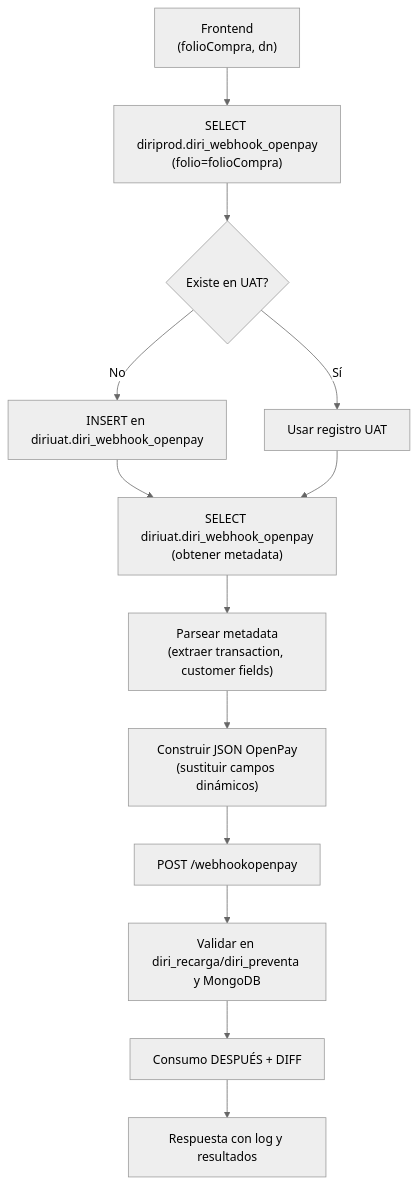
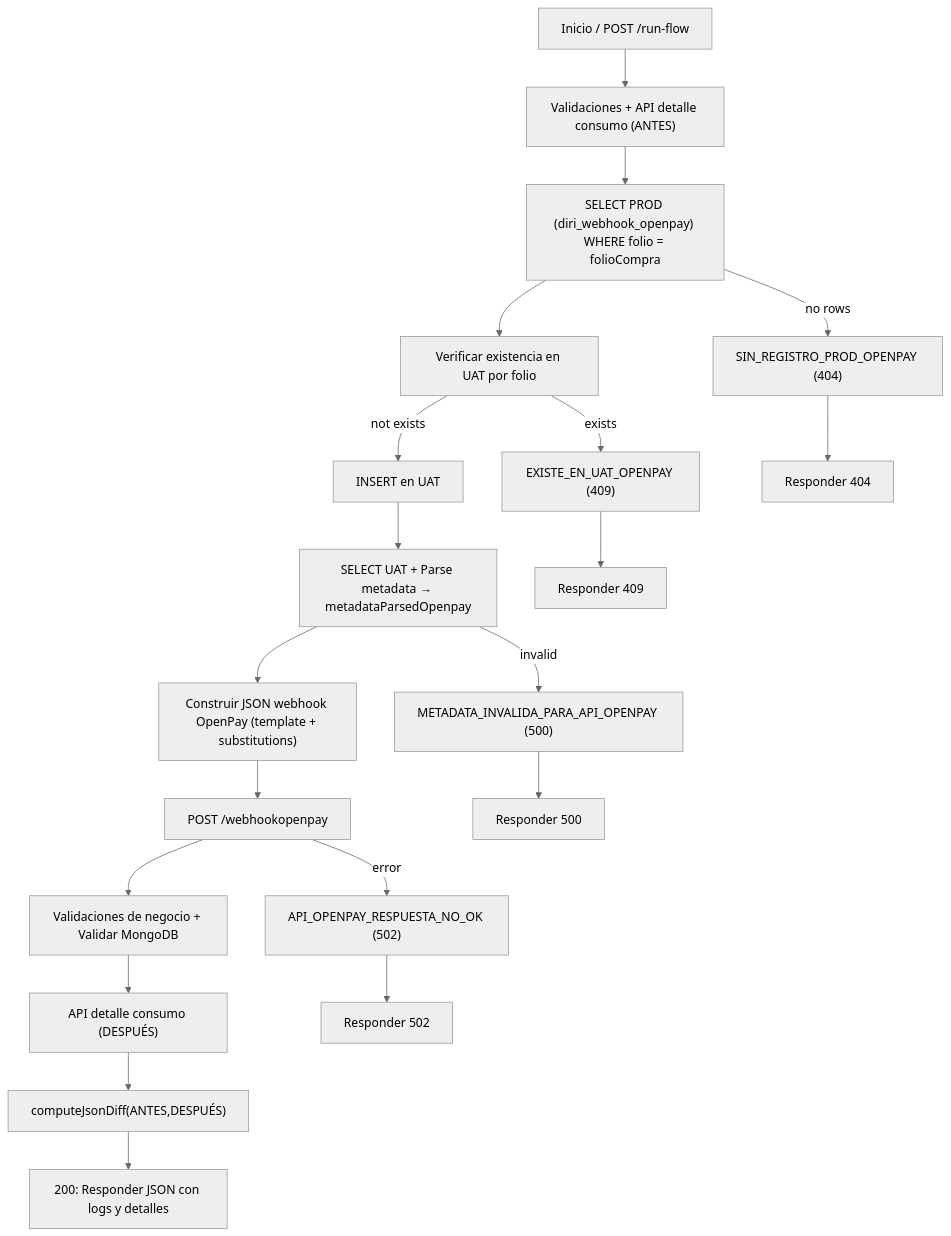
The third of 6 diagrams in README.md (EdgarViOl/QA_Diri), drawn with Mermaid (neutral theme) before and after one commit. The commit also changed other lines of this file and 7 other files, not shown here.

````diff
--- a/README.md
+++ b/README.md
@@ -159,15 +198,22 @@
 ```mermaid
 flowchart TD
-  A["Frontend<br/>(folioCompra, dn)"] --> B["SELECT diriprod.diri_webhook_openpay<br/>(folio=folioCompra)"]
-  B --> C{Existe en UAT?}
-  C -->|No| D["INSERT en diriuat.diri_webhook_openpay"]
-  C -->|Sí| E["Usar registro UAT"]
-  D --> F["SELECT diriuat.diri_webhook_openpay<br/>(obtener metadata)"]
-  E --> F
-  F --> G["Parsear metadata<br/>(extraer transaction, customer fields)"]
-  G --> H["Construir JSON OpenPay<br/>(sustituir campos dinámicos)"]
-  H --> I["POST /webhookopenpay"]
-  I --> J["Validar en diri_recarga/diri_preventa y MongoDB"]
-  J --> K["Consumo DESPUÉS + DIFF"]
-  K --> L["Respuesta con log y resultados"]
+  StartOP["Inicio / POST /run-flow"] --> ValidacionesOP["Validaciones + API detalle consumo (ANTES)"]
+  ValidacionesOP --> ConsultaProdOP["SELECT PROD (diri_webhook_openpay) WHERE folio = folioCompra"]
+  ConsultaProdOP -->|no rows| NoProdOP["SIN_REGISTRO_PROD_OPENPAY (404)"]
+  ConsultaProdOP --> VerificarUatOP["Verificar existencia en UAT por folio"]
+  VerificarUatOP -->|exists| ExisteUatOP["EXISTE_EN_UAT_OPENPAY (409)"]
+  VerificarUatOP -->|not exists| InsertUatOP["INSERT en UAT"]
+  InsertUatOP --> RecuperarMeta["SELECT UAT + Parse metadata → metadataParsedOpenpay"]
+  RecuperarMeta -->|invalid| MetadataInvalidOP["METADATA_INVALIDA_PARA_API_OPENPAY (500)"]
+  RecuperarMeta --> BuildOpenpay["Construir JSON webhook OpenPay (template + substitutions)"]
+  BuildOpenpay --> CallOpenpay["POST /webhookopenpay"]
+  CallOpenpay -->|error| ApiErrorOP["API_OPENPAY_RESPUESTA_NO_OK (502)"]
+  CallOpenpay --> ValidacionesNegocioOP["Validaciones de negocio + Validar MongoDB"]
+  ValidacionesNegocioOP --> ConsumoDespuesOP["API detalle consumo (DESPUÉS)"]
+  ConsumoDespuesOP --> ComputeDiffOP["computeJsonDiff(ANTES,DESPUÉS)"]
+  ComputeDiffOP --> ResponseOP["200: Responder JSON con logs y detalles"]
+  NoProdOP --> ResponseErrOP1["Responder 404"]
+  ExisteUatOP --> ResponseErrOP2["Responder 409"]
+  MetadataInvalidOP --> ResponseErrOP3["Responder 500"]
+  ApiErrorOP --> ResponseErrOP4["Responder 502"]
 ```
````
